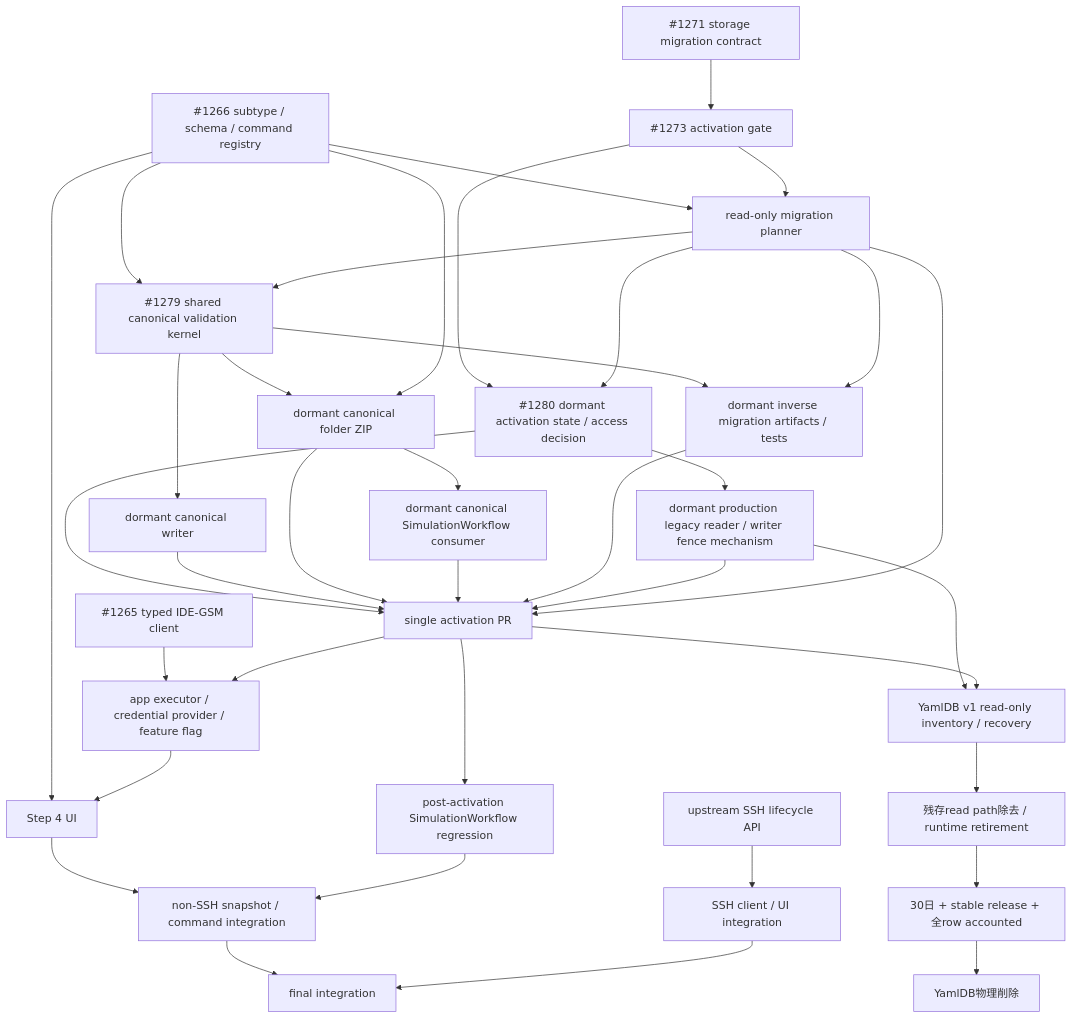
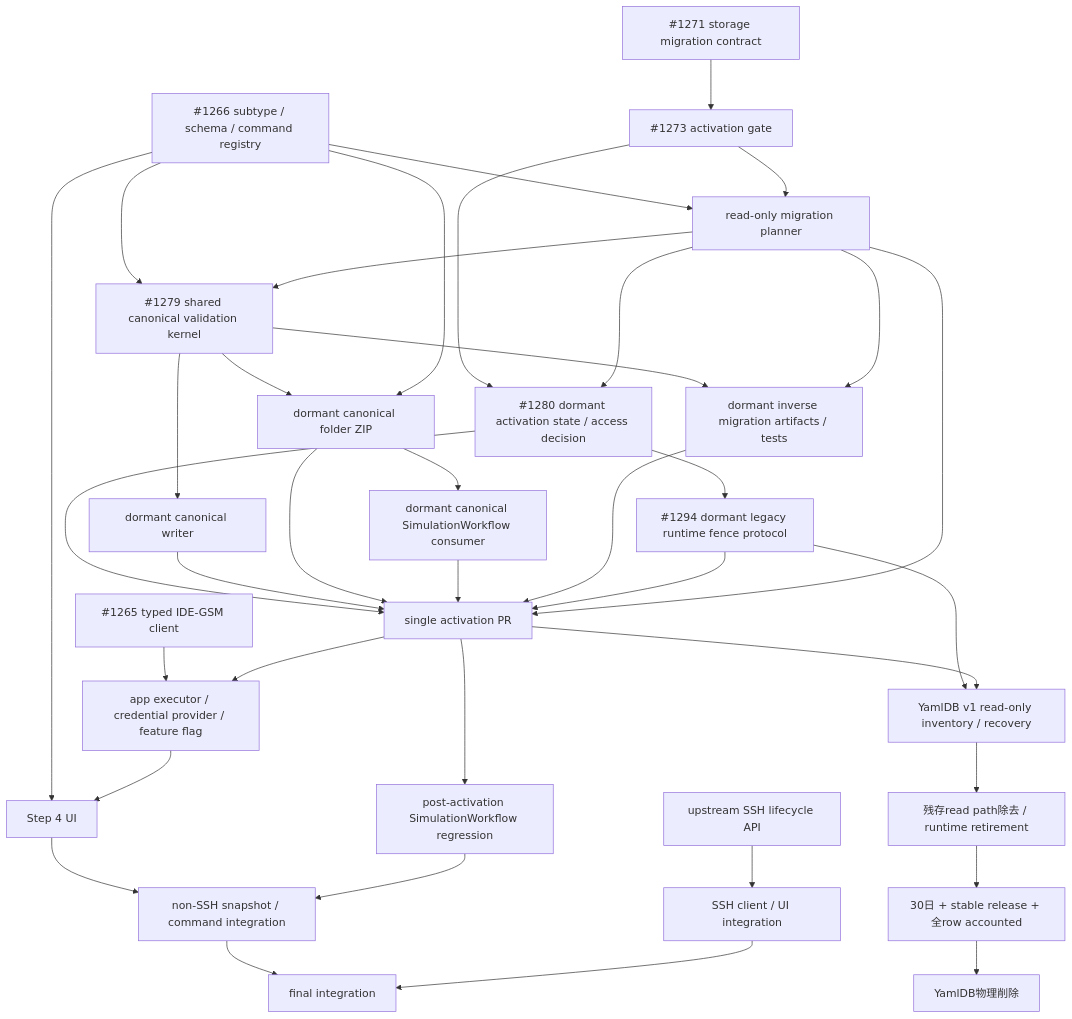
The first of 2 diagrams in docs/yaml-plugin-ide-gsm-step4-spec.md (kubohiroya/hierarchidb), drawn with Mermaid before and after one commit. The commit also changed other lines of this file and 11 other files, not shown here.

Commit message:
feat(runtime-worker): add dormant YAML legacy fence protocol

````diff
--- a/docs/yaml-plugin-ide-gsm-step4-spec.md
+++ b/docs/yaml-plugin-ide-gsm-step4-spec.md
@@ -397,41 +409,41 @@
 ```mermaid
 graph TD
   Registry["#1266 subtype / schema / command registry"] --> Planner["read-only migration planner"]
   Registry --> Validation["#1279 shared canonical validation kernel"]
   Contract["#1271 storage migration contract"] --> ActivationContract["#1273 activation gate"]
   ActivationContract --> Planner
   Planner --> Validation
   Validation --> DormantWriter["dormant canonical writer"]
   Validation --> DormantSnapshotIO["dormant canonical folder ZIP"]
   DormantSnapshotIO --> DormantSimulation["dormant canonical SimulationWorkflow consumer"]
   Validation --> InverseArtifacts["dormant inverse migration artifacts / tests"]
   Planner --> InverseArtifacts["dormant inverse migration artifacts / tests"]
   ActivationContract --> ActivationState["#1280 dormant activation state / access decision"]
   Planner --> ActivationState
-  ActivationState --> WriterFence["dormant production legacy reader / writer fence mechanism"]
+  ActivationState --> WriterFence["#1294 dormant legacy runtime fence protocol"]
   ActivationState --> Activation["single activation PR"]
   DormantWriter --> Activation["single activation PR"]
   DormantSnapshotIO --> Activation
   DormantSimulation --> Activation
   InverseArtifacts --> Activation
   WriterFence --> Activation
   Planner --> Activation
   Registry --> DormantSnapshotIO
   Registry --> Step4["Step 4 UI"]
   Client["#1265 typed IDE-GSM client"] --> Executor["app executor / credential provider / feature flag"]
   Activation --> Executor
   Executor --> Step4
   Activation --> SimulationRegression["post-activation SimulationWorkflow regression"]
   Step4 --> NonSshIntegration["non-SSH snapshot / command integration"]
   SimulationRegression --> NonSshIntegration
 
   WriterFence --> LegacyRecovery["YamlDB v1 read-only inventory / recovery"]
   Activation --> LegacyRecovery
   LegacyRecovery --> RemoveYamlReads["残存read path除去 / runtime retirement"]
   RemoveYamlReads --> RetentionGate["30日 + stable release + 全row accounted"]
   RetentionGate --> DeleteYamlDB["YamlDB物理削除"]
 
   UpstreamSsh["upstream SSH lifecycle API"] --> SshIntegration["SSH client / UI integration"]
   NonSshIntegration --> FinalIntegration["final integration"]
   SshIntegration --> FinalIntegration
 ```
````
